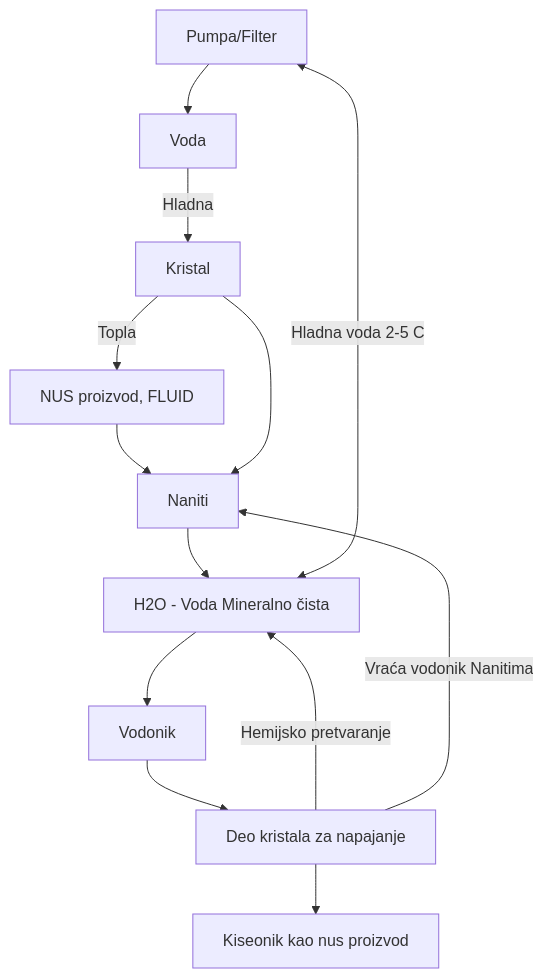
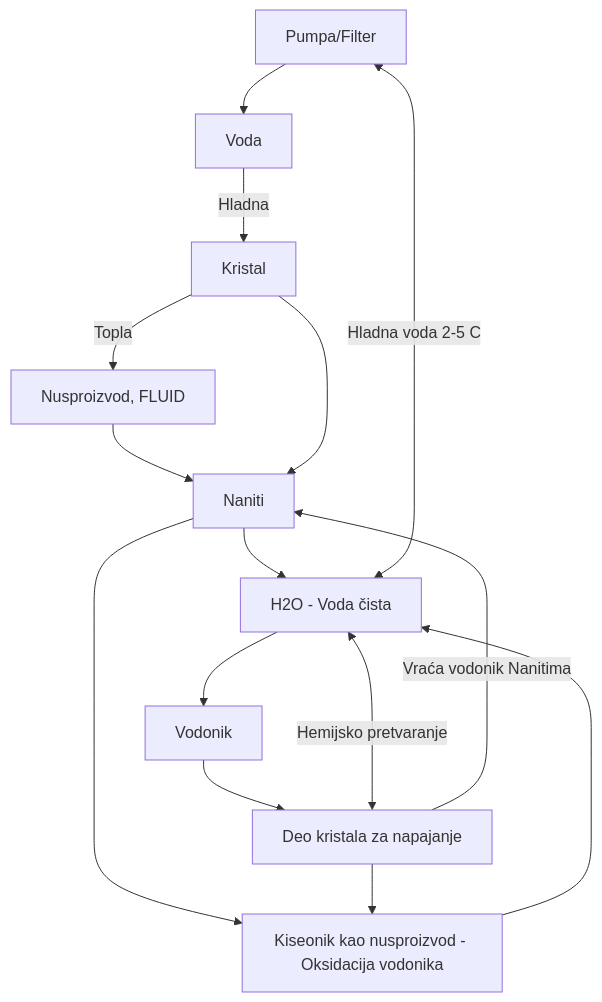
The diagram in data_s/blog/24_sept_2023_12_01.md (Marko9827/marko9827.github.io), drawn with Mermaid before and after one commit. The commit also changed other lines of this file, not shown here.

````diff
--- a/data_s/blog/24_sept_2023_12_01.md
+++ b/data_s/blog/24_sept_2023_12_01.md
@@ -59,24 +60,29 @@
 ```mermaid
 graph TD
 
 
 P[Pumpa/Filter]-->H
 H[Voda]-->|Hladna|A
-A[Kristal]-->|Topla|VODA[NUS proizvod, FLUID]
+A[Kristal]-->|Topla|VODA[Nusproizvod, FLUID]
 
 VODA-->M
 
-A-->M[Naniti]-->H20[H2O - Voda Mineralno čista]-->HF[Vodonik]
+A-->M[Naniti]-->H20[H2O - Voda čista]-->HF[Vodonik]
 
 
 
 HF-->KRW
-KRW[Deo kristala za napajanje]-->|Hemijsko pretvaranje|H20
+KRW[Deo kristala za napajanje]<-->|Hemijsko pretvaranje|H20
 
 H20<-->|Hladna voda 2-5 C|P
 
 
 KRW-->|Vraća vodonik Nanitima|M
-KRW-->Oxugyn[Kiseonik kao nus proizvod]
+M-->Oxugyn[Kiseonik kao nusproizvod - Oksidacija vodonika]
+
+
+ Oxugyn-->H20
+
+KRW-->Oxugyn
 
 ```
````
